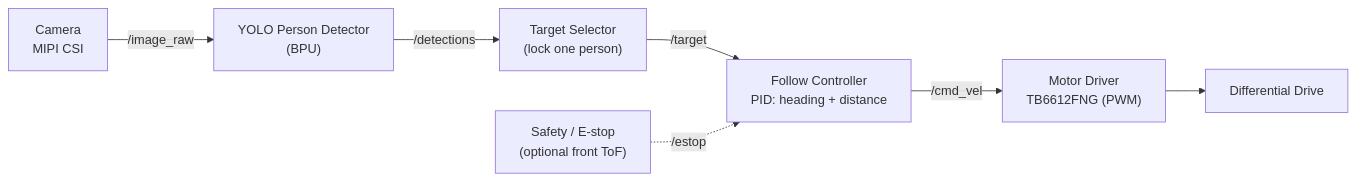
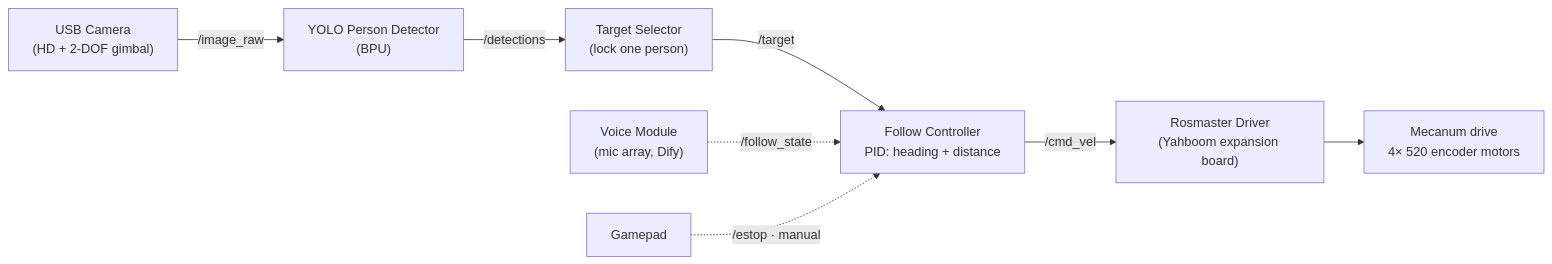
One commit to lavinama/rdk-x5-following-robot changed the diagram in PROPOSAL.md. Above: the diagram before and after it, drawn with Mermaid. The commit also changed other lines of this file and 2 other files, not shown here.

Commit message:
docs: rework Stage 2/3 plan for ROSMASTER M1 + RDK X5 4GB

````diff
--- a/PROPOSAL.md
+++ b/PROPOSAL.md
@@ -44,9 +41,10 @@
 ```mermaid
 flowchart LR
-  CAM["Camera<br/>MIPI CSI"] -->|/image_raw| DET["YOLO Person Detector<br/>(BPU)"]
+  CAM["USB Camera<br/>(HD + 2-DOF gimbal)"] -->|/image_raw| DET["YOLO Person Detector<br/>(BPU)"]
   DET -->|/detections| SEL["Target Selector<br/>(lock one person)"]
   SEL -->|/target| CTRL["Follow Controller<br/>PID: heading + distance"]
-  CTRL -->|/cmd_vel| MOT["Motor Driver<br/>TB6612FNG (PWM)"]
-  MOT --> DRV["Differential Drive"]
-  SAFE["Safety / E-stop<br/>(optional front ToF)"] -.->|/estop| CTRL
+  CTRL -->|/cmd_vel| DRV["Rosmaster Driver<br/>(Yahboom expansion board)"]
+  DRV --> MEC["Mecanum drive<br/>4× 520 encoder motors"]
+  VOICE["Voice Module<br/>(mic array, Dify)"] -.->|/follow_state| CTRL
+  GP["Gamepad"] -.->|/estop · manual| CTRL
 ```
````
